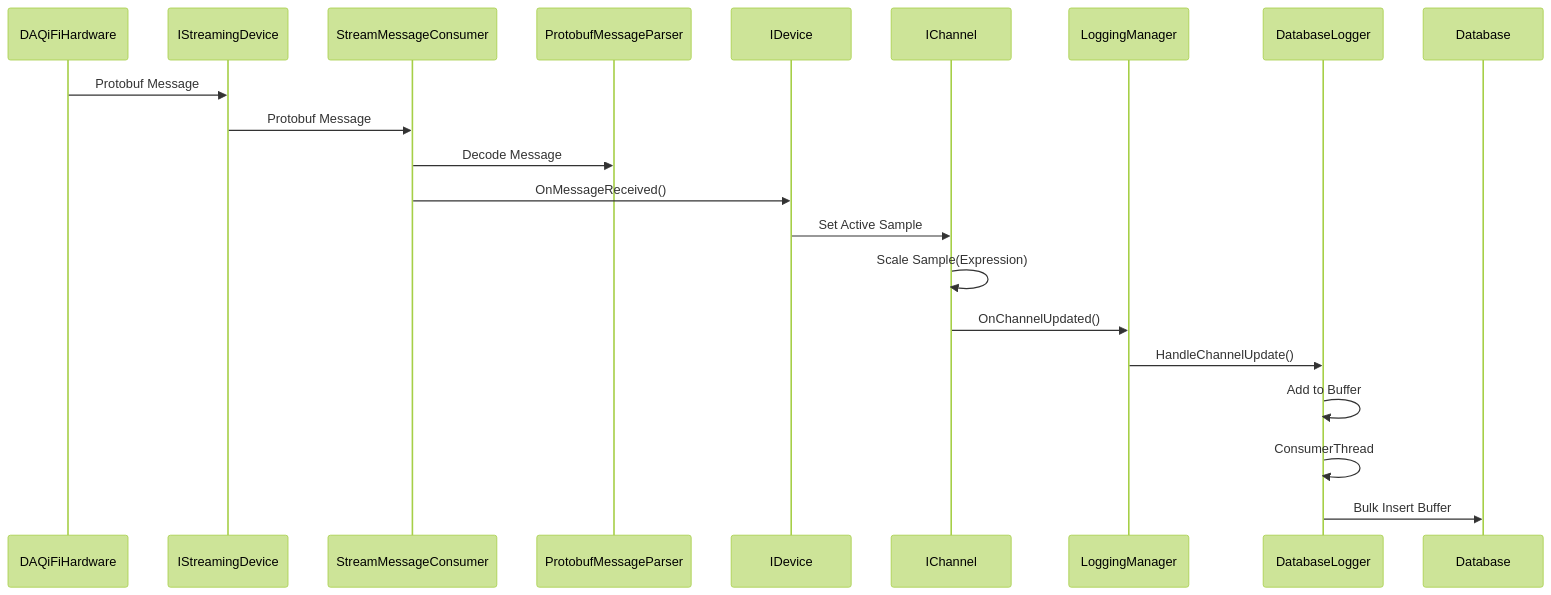
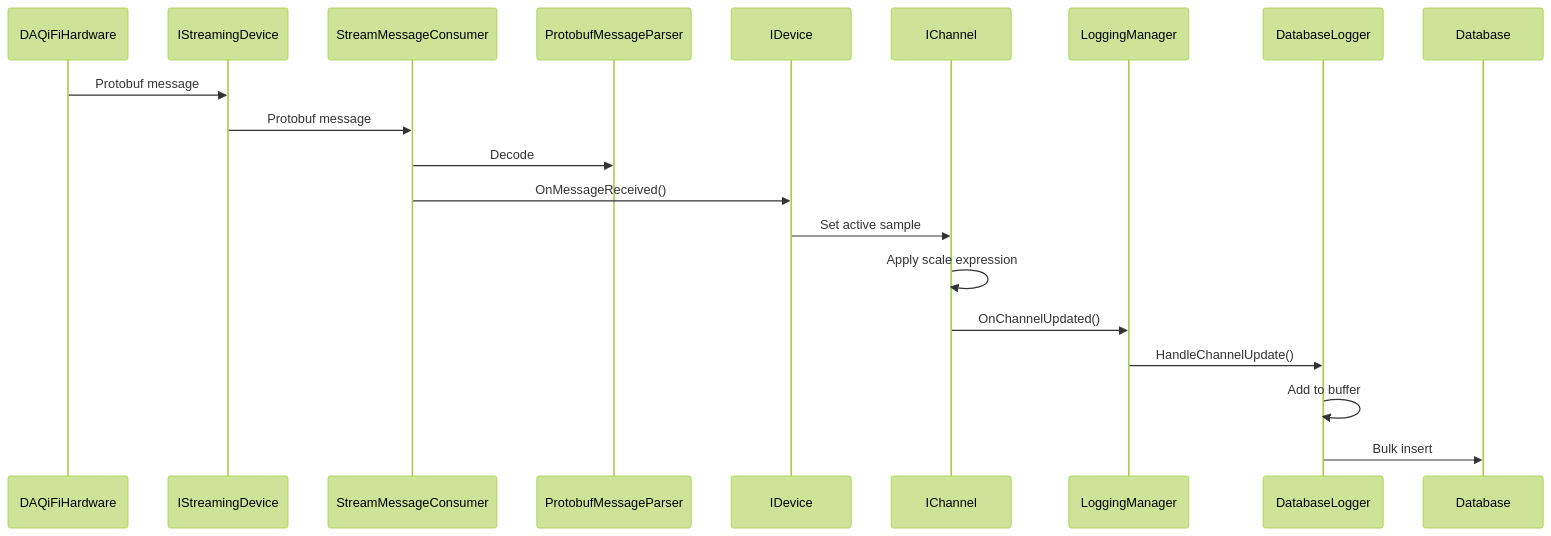
The diagram in README.md (daqifi/daqifi-desktop), drawn with Mermaid (forest theme) before and after one commit. The commit also changed other lines of this file, not shown here.

````diff
--- a/README.md
+++ b/README.md
@@ -39,14 +73,13 @@
 ```mermaid
 sequenceDiagram
-DAQiFiHardware->>IStreamingDevice: Protobuf Message
-IStreamingDevice->>StreamMessageConsumer: Protobuf Message
-StreamMessageConsumer->>ProtobufMessageParser: Decode Message
-StreamMessageConsumer->>IDevice:OnMessageReceived()
-IDevice->>IChannel:Set Active Sample
-IChannel->>IChannel:Scale Sample(Expression)
-IChannel->>LoggingManager:OnChannelUpdated()
-LoggingManager->>DatabaseLogger:HandleChannelUpdate()
-DatabaseLogger->>DatabaseLogger:Add to Buffer
-DatabaseLogger->>DatabaseLogger:ConsumerThread
-DatabaseLogger->>Database:Bulk Insert Buffer
+    DAQiFiHardware->>IStreamingDevice: Protobuf message
+    IStreamingDevice->>StreamMessageConsumer: Protobuf message
+    StreamMessageConsumer->>ProtobufMessageParser: Decode
+    StreamMessageConsumer->>IDevice: OnMessageReceived()
+    IDevice->>IChannel: Set active sample
+    IChannel->>IChannel: Apply scale expression
+    IChannel->>LoggingManager: OnChannelUpdated()
+    LoggingManager->>DatabaseLogger: HandleChannelUpdate()
+    DatabaseLogger->>DatabaseLogger: Add to buffer
+    DatabaseLogger->>Database: Bulk insert
 ```
````
